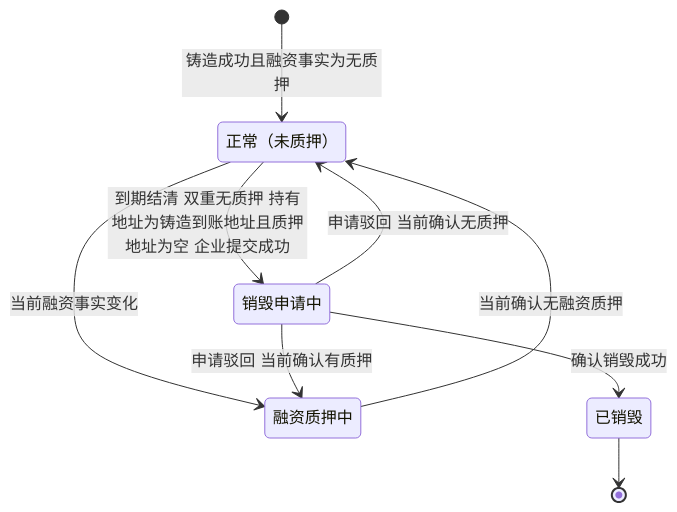
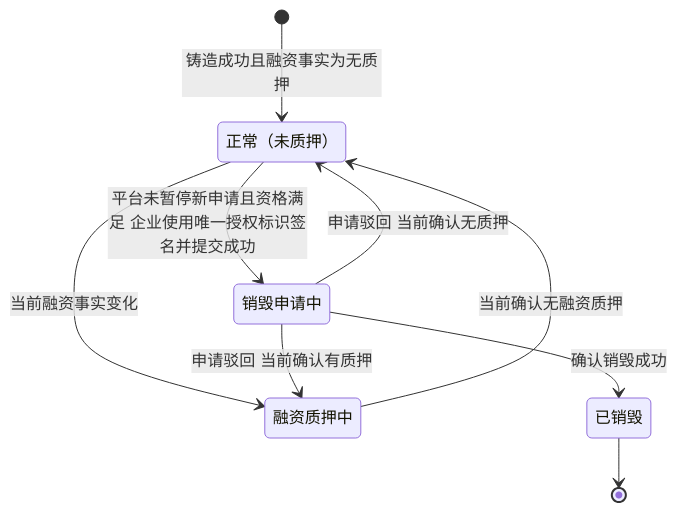
Before and after one commit to wxblockchain/Chain-Financing: the third of 4 diagrams in token-issuance-platform/PRD/管理端/M4b-销毁审核与解除质押/02-销毁审核与解除质押-流程图与状态机.md, drawn with Mermaid. The commit also changed other lines of this file and 5 other files, not shown here.

````diff
--- a/token-issuance-platform/PRD/管理端/M4b-销毁审核与解除质押/02-销毁审核与解除质押-流程图与状态机.md
+++ b/token-issuance-platform/PRD/管理端/M4b-销毁审核与解除质押/02-销毁审核与解除质押-流程图与状态机.md
@@ -78,15 +78,15 @@
 ```mermaid
 stateDiagram-v2
     state "正常（未质押）" as Normal
     state "融资质押中" as Financed
     state "销毁申请中" as Applying
     state "已销毁" as Destroyed
     [*] --> Normal: 铸造成功且融资事实为无质押
     Normal --> Financed: 当前融资事实变化
     Financed --> Normal: 当前确认无融资质押
-    Normal --> Applying: 到期结清 双重无质押 持有地址为铸造到账地址且质押地址为空 企业提交成功
+    Normal --> Applying: 平台未暂停新申请且资格满足 企业使用唯一授权标识签名并提交成功
     Applying --> Normal: 申请驳回 当前确认无质押
     Applying --> Financed: 申请驳回 当前确认有质押
     Applying --> Destroyed: 确认销毁成功
     Destroyed --> [*]
 ```
````
